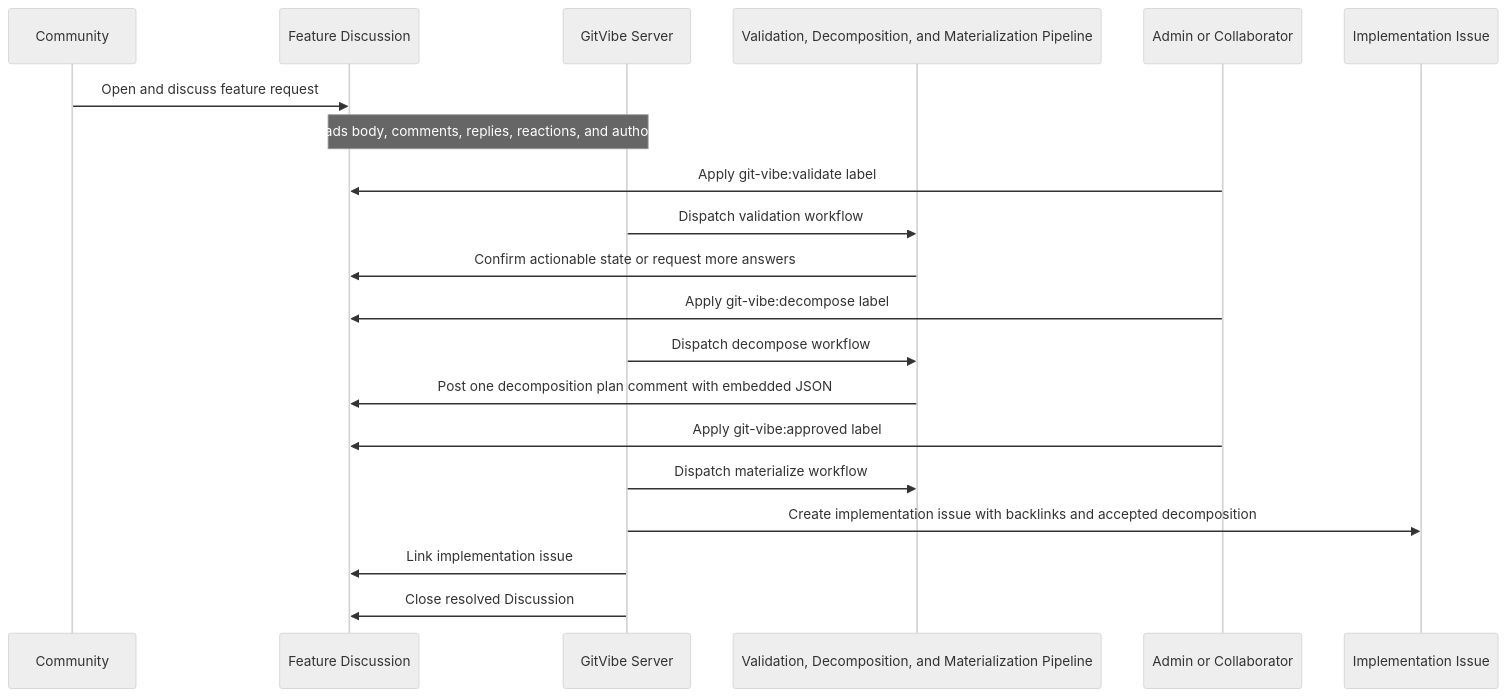
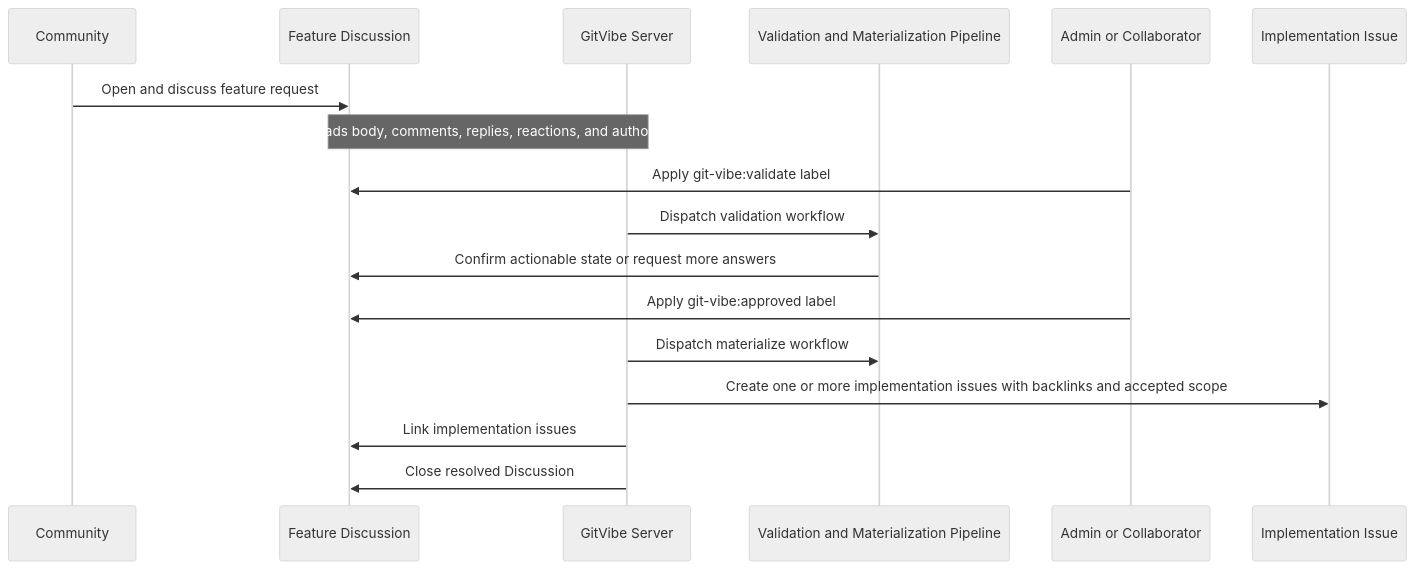
Before and after one commit to markhuangai/git-vibe: the fifth of 7 diagrams in docs/WORKFLOW.md, drawn with Mermaid (neutral theme). The commit also changed other lines of this file and 47 other files, not shown here.

````diff
--- a/docs/WORKFLOW.md
+++ b/docs/WORKFLOW.md
@@ -356,26 +352,22 @@
 ```mermaid
 sequenceDiagram
   participant Community as Community
   participant Disc as Feature Discussion
   participant App as GitVibe Server
-  participant AI as Validation, Decomposition, and Materialization Pipeline
+  participant AI as Validation and Materialization Pipeline
   participant Maint as Admin or Collaborator
   participant Issue as Implementation Issue
 
   Community->>Disc: Open and discuss feature request
   Note over Disc,App: GitVibe reads body, comments, replies, reactions, and author authority
 
   Maint->>Disc: Apply git-vibe:validate label
   App->>AI: Dispatch validation workflow
   AI->>Disc: Confirm actionable state or request more answers
 
-  Maint->>Disc: Apply git-vibe:decompose label
-  App->>AI: Dispatch decompose workflow
-  AI->>Disc: Post one decomposition plan comment with embedded JSON
-
   Maint->>Disc: Apply git-vibe:approved label
   App->>AI: Dispatch materialize workflow
-  App->>Issue: Create implementation issue with backlinks and accepted decomposition
-  App->>Disc: Link implementation issue
+  App->>Issue: Create one or more implementation issues with backlinks and accepted scope
+  App->>Disc: Link implementation issues
   App->>Disc: Close resolved Discussion
 ```
````
